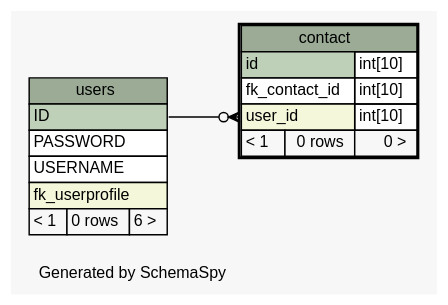
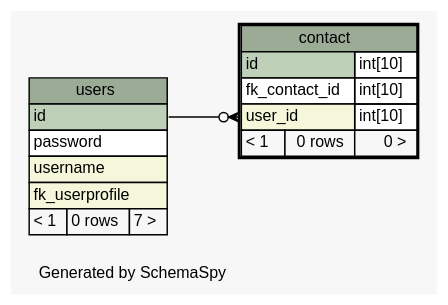
The diagram in doc/db_schema/diagrams/contact.1degree.dot (chr-krenn/chr-krenn-fhj-ws2017-sd17-pse), drawn with Graphviz before and after one commit. The commit also changed 65 other files, not shown here.

```diff
--- a/doc/db_schema/diagrams/contact.1degree.dot
+++ b/doc/db_schema/diagrams/contact.1degree.dot
@@ -1,48 +1,48 @@
 // dot 2.40.1 on Linux 4.12.5-300.fc26.x86_64
 // SchemaSpy rev 590
 digraph "oneDegreeRelationshipsDiagram" {
   graph [
     rankdir="RL"
     bgcolor="#f7f7f7"
     label="\nGenerated by SchemaSpy"
     labeljust="l"
     nodesep="0.18"
     ranksep="0.46"
     fontname="Helvetica"
     fontsize="11"
   ];
   node [
     fontname="Helvetica"
     fontsize="11"
     shape="plaintext"
   ];
   edge [
     arrowsize="0.8"
   ];
-  "contact":"user_id":w -> "users":"ID":e [arrowhead=none dir=back arrowtail=crowodot];
+  "contact":"user_id":w -> "users":"id":e [arrowhead=none dir=back arrowtail=crowodot];
   "contact" [
     label=<
     <TABLE BORDER="2" CELLBORDER="1" CELLSPACING="0" BGCOLOR="#ffffff">
       <TR><TD COLSPAN="3" BGCOLOR="#9bab96" ALIGN="CENTER">contact</TD></TR>
       <TR><TD PORT="id" COLSPAN="2" BGCOLOR="#bed1b8" ALIGN="LEFT">id</TD><TD PORT="id.type" ALIGN="LEFT">int[10]</TD></TR>
       <TR><TD PORT="fk_contact_id" COLSPAN="2" ALIGN="LEFT">fk_contact_id</TD><TD PORT="fk_contact_id.type" ALIGN="LEFT">int[10]</TD></TR>
       <TR><TD PORT="user_id" COLSPAN="2" BGCOLOR="#f4f7da" ALIGN="LEFT">user_id</TD><TD PORT="user_id.type" ALIGN="LEFT">int[10]</TD></TR>
       <TR><TD ALIGN="LEFT" BGCOLOR="#f7f7f7">&lt; 1</TD><TD ALIGN="RIGHT" BGCOLOR="#f7f7f7">0 rows</TD><TD ALIGN="RIGHT" BGCOLOR="#f7f7f7">0 &gt;</TD></TR>
     </TABLE>>
     URL="contact.html"
     tooltip="contact"
   ];
   "users" [
     label=<
     <TABLE BORDER="0" CELLBORDER="1" CELLSPACING="0" BGCOLOR="#ffffff">
       <TR><TD COLSPAN="3" BGCOLOR="#9bab96" ALIGN="CENTER">users</TD></TR>
-      <TR><TD PORT="ID" COLSPAN="3" BGCOLOR="#bed1b8" ALIGN="LEFT">ID</TD></TR>
-      <TR><TD PORT="PASSWORD" COLSPAN="3" ALIGN="LEFT">PASSWORD</TD></TR>
-      <TR><TD PORT="USERNAME" COLSPAN="3" ALIGN="LEFT">USERNAME</TD></TR>
+      <TR><TD PORT="id" COLSPAN="3" BGCOLOR="#bed1b8" ALIGN="LEFT">id</TD></TR>
+      <TR><TD PORT="password" COLSPAN="3" ALIGN="LEFT">password</TD></TR>
+      <TR><TD PORT="username" COLSPAN="3" BGCOLOR="#f4f7da" ALIGN="LEFT">username</TD></TR>
       <TR><TD PORT="fk_userprofile" COLSPAN="3" BGCOLOR="#f4f7da" ALIGN="LEFT">fk_userprofile</TD></TR>
-      <TR><TD ALIGN="LEFT" BGCOLOR="#f7f7f7">&lt; 1</TD><TD ALIGN="RIGHT" BGCOLOR="#f7f7f7">0 rows</TD><TD ALIGN="RIGHT" BGCOLOR="#f7f7f7">6 &gt;</TD></TR>
+      <TR><TD ALIGN="LEFT" BGCOLOR="#f7f7f7">&lt; 1</TD><TD ALIGN="RIGHT" BGCOLOR="#f7f7f7">0 rows</TD><TD ALIGN="RIGHT" BGCOLOR="#f7f7f7">7 &gt;</TD></TR>
     </TABLE>>
     URL="users.html"
     tooltip="users"
   ];
 }
```
